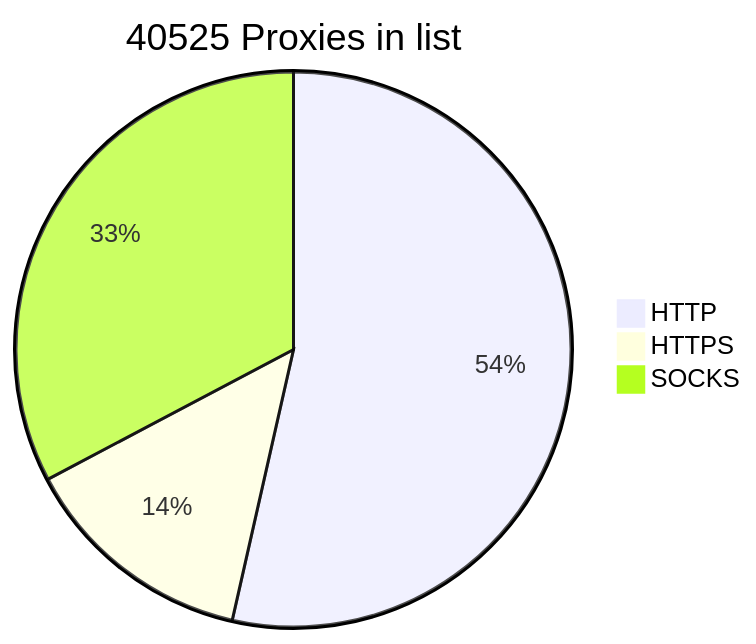
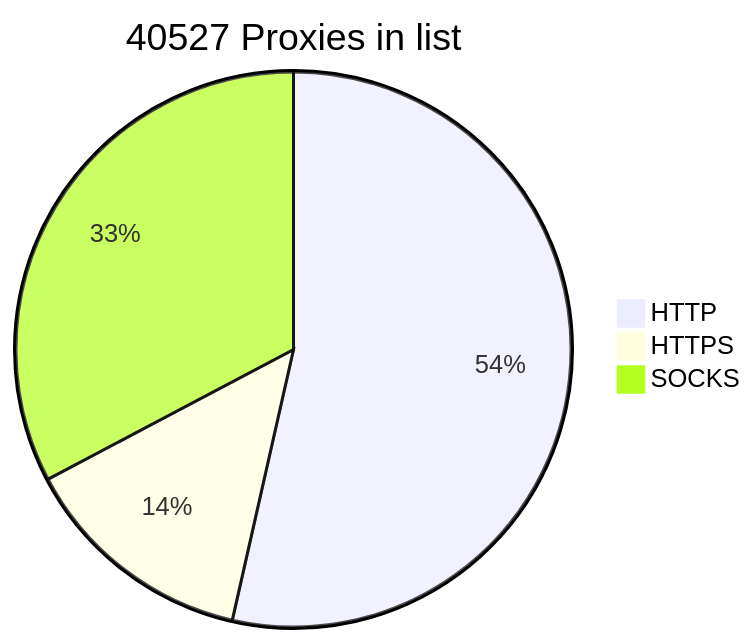
One commit to BlackSnowDot/proxylist-update-every-minute changed the diagram in README.md. Above: the diagram before and after it, drawn with Mermaid.

````diff
--- a/README.md
+++ b/README.md
@@ -2,6 +2,6 @@
 ```mermaid
-pie title 40525 Proxies in list
+pie title 40527 Proxies in list
     "HTTP" : 24331
-    "HTTPS": 6236
+    "HTTPS": 6238
     "SOCKS" : 14876
 ```
````
